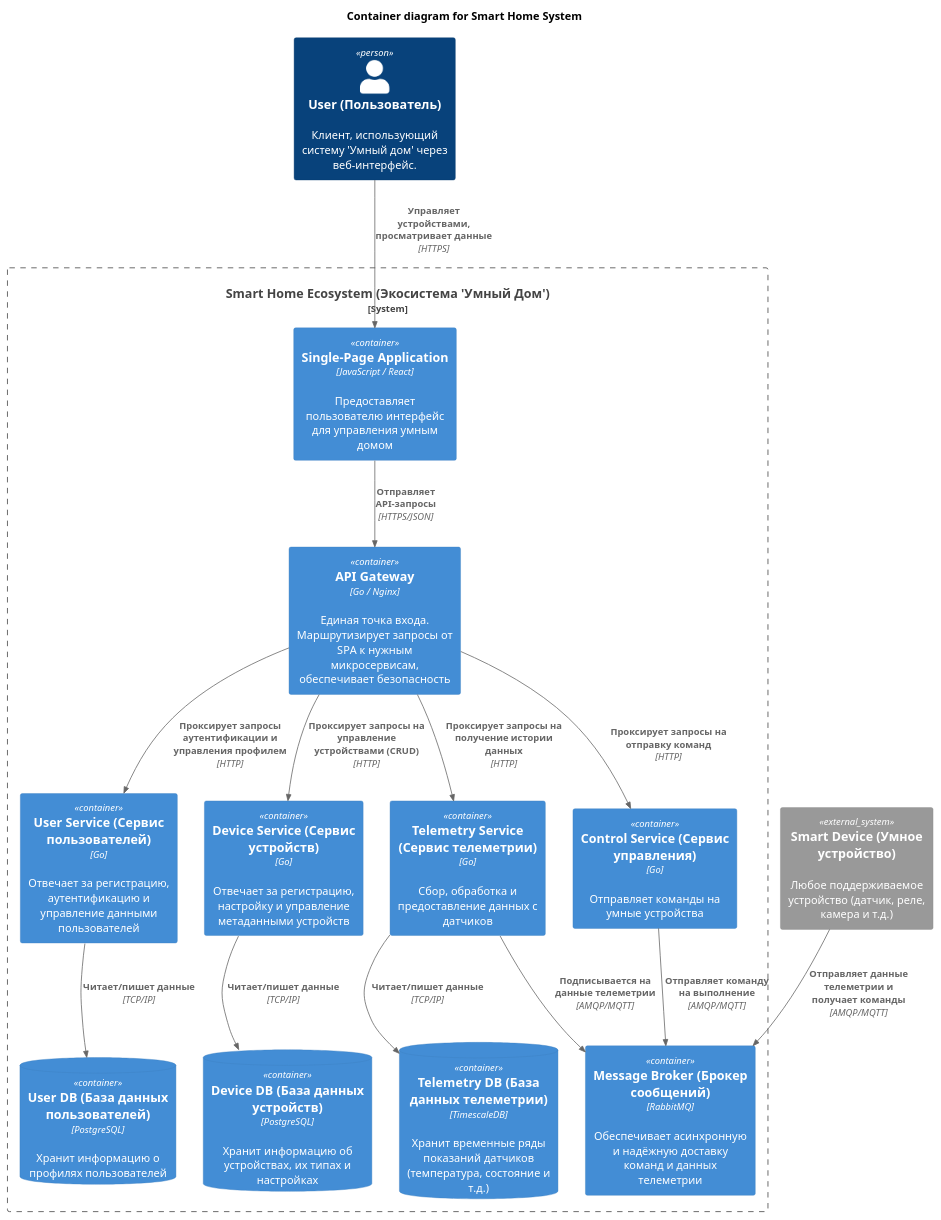
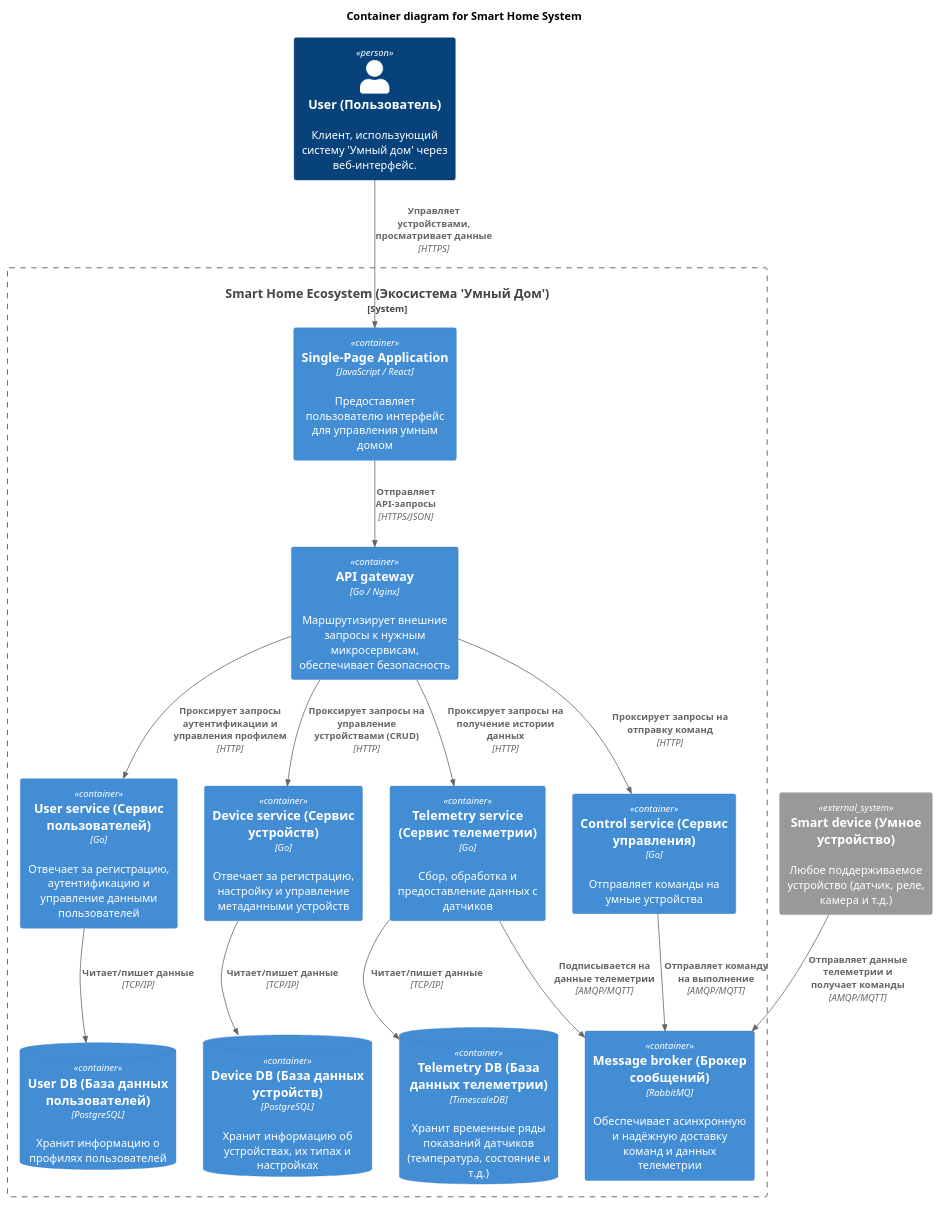
Before and after one commit to kotenev/architecture-pro-warmhouse: the diagram in docs/C4/Container.puml, drawn with PlantUML. The commit also changed 1 other file, not shown here.

Commit message:
Обновлены диаграммы C4 (контейнерная и компонентная) из Задания 2

```diff
--- a/docs/C4/Container.puml
+++ b/docs/C4/Container.puml
@@ -1,58 +1,58 @@
 @startuml
 !includeurl https://raw.githubusercontent.com/RicardoNiepel/C4-PlantUML/master/C4_Container.puml
 
 title Container diagram for Smart Home System
 
 ' Определяем действующих лиц и внешние системы
 Person(user, "User (Пользователь)", "Клиент, использующий систему 'Умный дом' через веб-интерфейс.")
-System_Ext(smart_device, "Smart Device (Умное устройство)", "Любое поддерживаемое устройство (датчик, реле, камера и т.д.)")
+System_Ext(smart_device, "Smart device (Умное устройство)", "Любое поддерживаемое устройство (датчик, реле, камера и т.д.)")
 
 ' Определяем границы системы
 System_Boundary(c1, "Smart Home Ecosystem (Экосистема 'Умный Дом')") {
 
     ' --- Клиентское приложение ---
     Container(spa, "Single-Page Application", "JavaScript / React", "Предоставляет пользователю интерфейс для управления умным домом")
 
     ' --- Внутренние сервисы (микросервисы) ---
-    Container(api_gateway, "API Gateway", "Go / Nginx", "Единая точка входа. Маршрутизирует запросы от SPA к нужным микросервисам, обеспечивает безопасность")
+    Container(api_gateway, "API gateway", "Go / Nginx", "Маршрутизирует внешние запросы к нужным микросервисам, обеспечивает безопасность")
 
-    Container(user_service, "User Service (Сервис пользователей)", "Go", "Отвечает за регистрацию, аутентификацию и управление данными пользователей")
+    Container(user_service, "User service (Сервис пользователей)", "Go", "Отвечает за регистрацию, аутентификацию и управление данными пользователей")
     ContainerDb(user_db, "User DB (База данных пользователей)", "PostgreSQL", "Хранит информацию о профилях пользователей")
 
-    Container(device_service, "Device Service (Сервис устройств)", "Go", "Отвечает за регистрацию, настройку и управление метаданными устройств")
+    Container(device_service, "Device service (Сервис устройств)", "Go", "Отвечает за регистрацию, настройку и управление метаданными устройств")
     ContainerDb(device_db, "Device DB (База данных устройств)", "PostgreSQL", "Хранит информацию об устройствах, их типах и настройках")
 
-    Container(telemetry_service, "Telemetry Service (Сервис телеметрии)", "Go", "Сбор, обработка и предоставление данных с датчиков")
+    Container(telemetry_service, "Telemetry service (Сервис телеметрии)", "Go", "Сбор, обработка и предоставление данных с датчиков")
     ContainerDb(telemetry_db, "Telemetry DB (База данных телеметрии)", "TimescaleDB", "Хранит временные ряды показаний датчиков (температура, состояние и т.д.)")
 
-    Container(control_service, "Control Service (Сервис управления)", "Go", "Отправляет команды на умные устройства")
+    Container(control_service, "Control service (Сервис управления)", "Go", "Отправляет команды на умные устройства")
 
     ' --- Брокер сообщений для асинхронного взаимодействия ---
-    Container(message_broker, "Message Broker (Брокер сообщений)", "RabbitMQ", "Обеспечивает асинхронную и надёжную доставку команд и данных телеметрии")
+    Container(message_broker, "Message broker (Брокер сообщений)", "RabbitMQ", "Обеспечивает асинхронную и надёжную доставку команд и данных телеметрии")
 }
 
 ' --- Определяем связи ---
 
 ' Пользователь и система
 Rel(user, spa, "Управляет устройствами, просматривает данные", "HTTPS")
 Rel(spa, api_gateway, "Отправляет API-запросы", "HTTPS/JSON")
 
 ' API Gateway и внутренние сервисы
 Rel(api_gateway, user_service, "Проксирует запросы аутентификации и управления профилем", "HTTP")
 Rel(api_gateway, device_service, "Проксирует запросы на управление устройствами (CRUD)", "HTTP")
 Rel(api_gateway, telemetry_service, "Проксирует запросы на получение истории данных", "HTTP")
 Rel(api_gateway, control_service, "Проксирует запросы на отправку команд", "HTTP")
 
 ' Связи сервисов с их базами данных
 Rel(user_service, user_db, "Читает/пишет данные", "TCP/IP")
 Rel(device_service, device_db, "Читает/пишет данные", "TCP/IP")
 Rel(telemetry_service, telemetry_db, "Читает/пишет данные", "TCP/IP")
 
 ' Асинхронное взаимодействие через брокер
 Rel(control_service, message_broker, "Отправляет команду на выполнение", "AMQP/MQTT")
 Rel(telemetry_service, message_broker, "Подписывается на данные телеметрии", "AMQP/MQTT")
 
 ' Устройства и система
 Rel(smart_device, message_broker, "Отправляет данные телеметрии и получает команды", "AMQP/MQTT")
 
 @enduml
```
